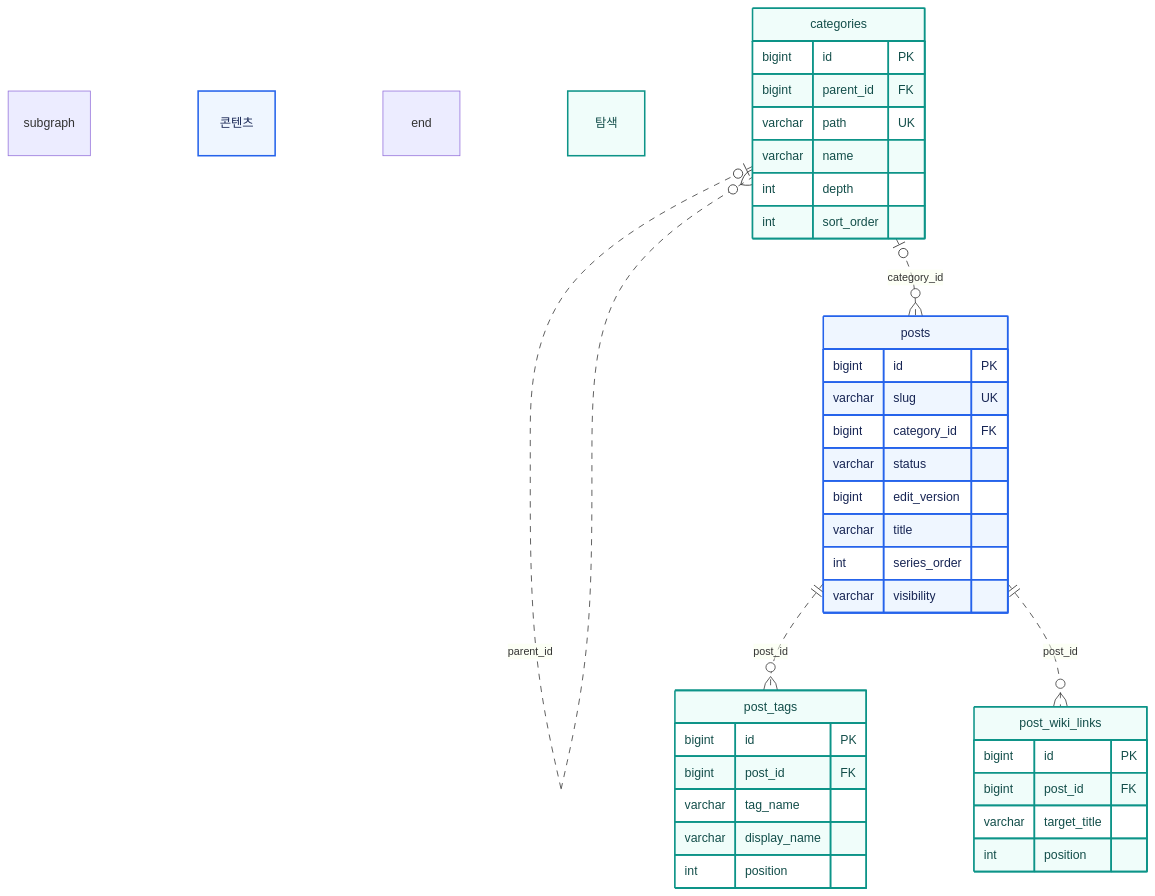
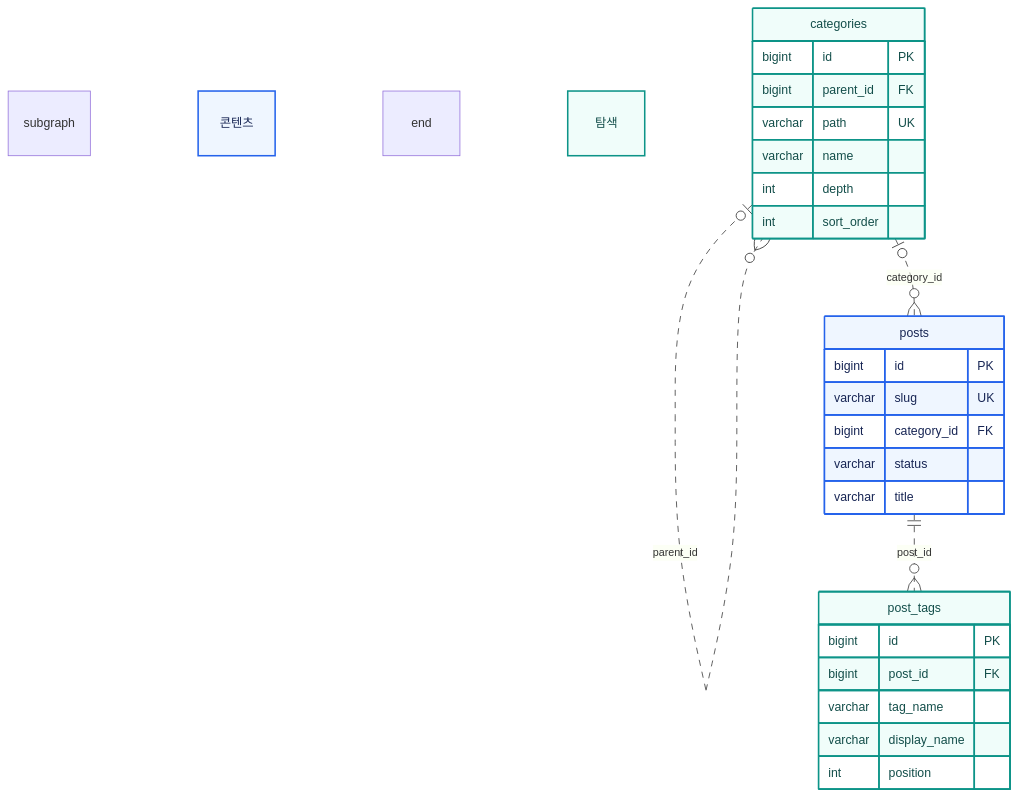
One commit to gjaku1031/ken-blog changed the third of 6 diagrams in content/posts/post-f9235d74-4d5b-4705-8f59-ba3511bd50e9.md. Above: the diagram before and after it, drawn with Mermaid. The commit also changed other lines of this file and 14 other files, not shown here.

First line of the commit message:
docs: restructure architecture and finish data, ops, security docs

````diff
--- a/content/posts/post-f9235d74-4d5b-4705-8f59-ba3511bd50e9.md
+++ b/content/posts/post-f9235d74-4d5b-4705-8f59-ba3511bd50e9.md
@@ -201,47 +208,37 @@
-```mermaid
+```mermaid caption="분류는 parent_id 자기참조로 두 단계를 표현하고, 태그는 글 하나에 종속된 행으로 저장함"
 erDiagram
     direction TB
     subgraph content_detail["콘텐츠"]
         posts {
             bigint id PK
             varchar slug UK
             bigint category_id FK
             varchar status
-            bigint edit_version
             varchar title
-            int series_order
-            varchar visibility
         }
     end
     subgraph discovery_detail["탐색"]
         categories {
             bigint id PK
             bigint parent_id FK
             varchar path UK
             varchar name
             int depth
             int sort_order
         }
         post_tags {
             bigint id PK
             bigint post_id FK
             varchar tag_name
             varchar display_name
             int position
         }
-        post_wiki_links {
-            bigint id PK
-            bigint post_id FK
-            varchar target_title
-            int position
-        }
     end
     categories |o..o{ categories : parent_id
     categories |o..o{ posts : category_id
     posts ||..o{ post_tags : post_id
-    posts ||..o{ post_wiki_links : post_id
     classDef content fill:#eff6ff,stroke:#2563eb,color:#172554,stroke-width:2px
     class content_detail,posts content
     classDef discovery fill:#f0fdfa,stroke:#0d9488,color:#134e4a,stroke-width:2px
-    class discovery_detail,categories,post_tags,post_wiki_links discovery
+    class discovery_detail,categories,post_tags discovery
 ```
````
